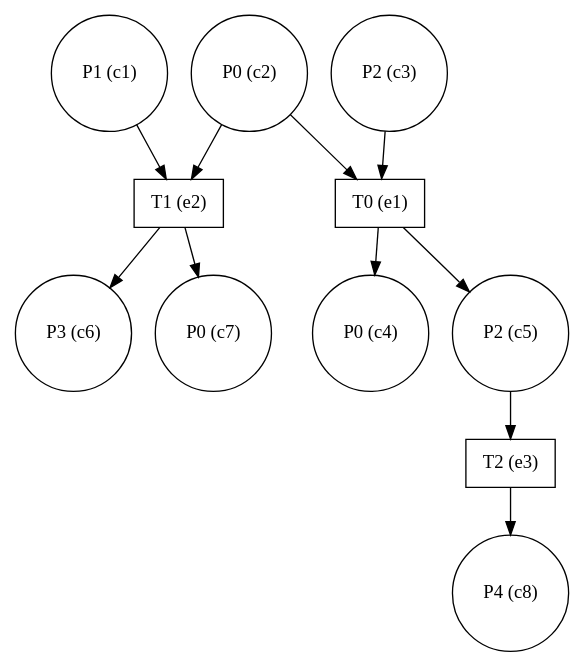
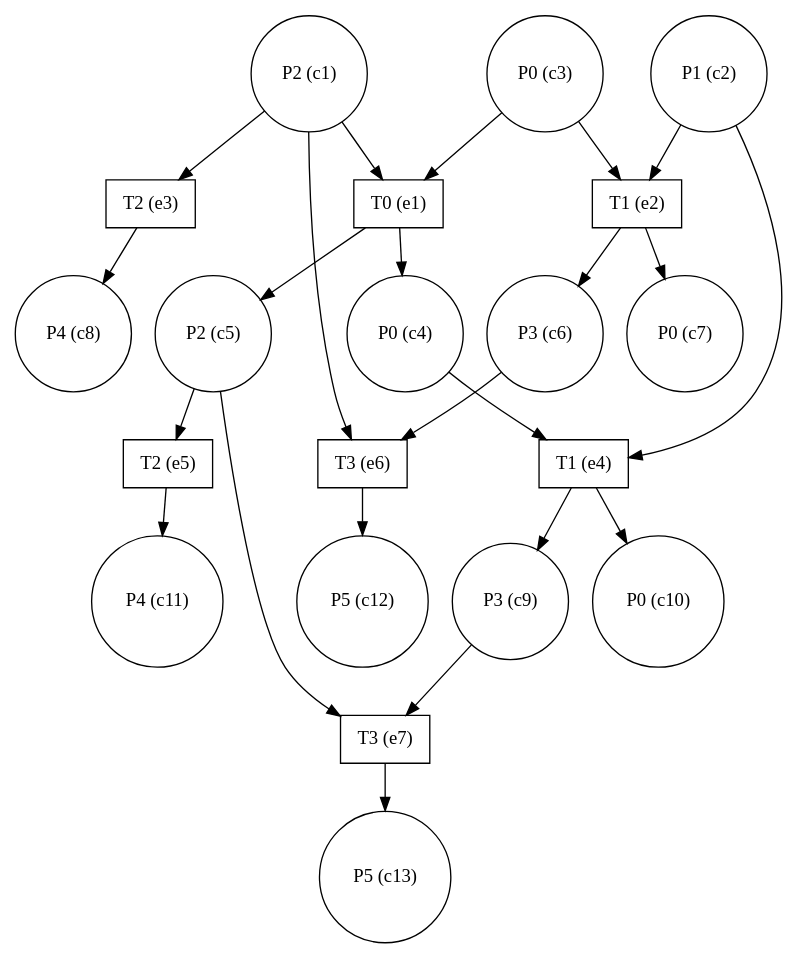
One commit to giannkas/ecofolder changed the diagram in small_eg.dot. Above: the diagram before and after it, drawn with Graphviz. The commit also changed 10 other files, not shown here.

```diff
--- a/small_eg.dot
+++ b/small_eg.dot
@@ -1,23 +1,44 @@
 digraph test {
-  c1 -> e2;
+  c1 -> e6;
+  c1 -> e3;
+  c1 -> e1;
+  c2 -> e4;
   c2 -> e2;
-  c2 -> e1;
+  c3 -> e2;
   c3 -> e1;
   e1 -> c4;
+  c4 -> e4;
   e1 -> c5;
-  c5 -> e3;
+  c5 -> e7;
+  c5 -> e5;
   e2 -> c6;
+  c6 -> e6;
   e2 -> c7;
   e3 -> c8;
-  c1 [label="P1 (c1)" shape=circle];
-  c2 [label="P0 (c2)" shape=circle];
-  c3 [label="P2 (c3)" shape=circle];
+  e4 -> c9;
+  c9 -> e7;
+  e4 -> c10;
+  e5 -> c11;
+  e6 -> c12;
+  e7 -> c13;
+  c1 [label="P2 (c1)" shape=circle];
+  c2 [label="P1 (c2)" shape=circle];
+  c3 [label="P0 (c3)" shape=circle];
   c4 [label="P0 (c4)" shape=circle];
   c5 [label="P2 (c5)" shape=circle];
   c6 [label="P3 (c6)" shape=circle];
   c7 [label="P0 (c7)" shape=circle];
   c8 [label="P4 (c8)" shape=circle];
+  c9 [label="P3 (c9)" shape=circle];
+  c10 [label="P0 (c10)" shape=circle];
+  c11 [label="P4 (c11)" shape=circle];
+  c12 [label="P5 (c12)" shape=circle];
+  c13 [label="P5 (c13)" shape=circle];
   e1 [label="T0 (e1)" shape=box];
   e2 [label="T1 (e2)" shape=box];
   e3 [label="T2 (e3)" shape=box];
+  e4 [label="T1 (e4)" shape=box];
+  e5 [label="T2 (e5)" shape=box];
+  e6 [label="T3 (e6)" shape=box];
+  e7 [label="T3 (e7)" shape=box];
 }
```
